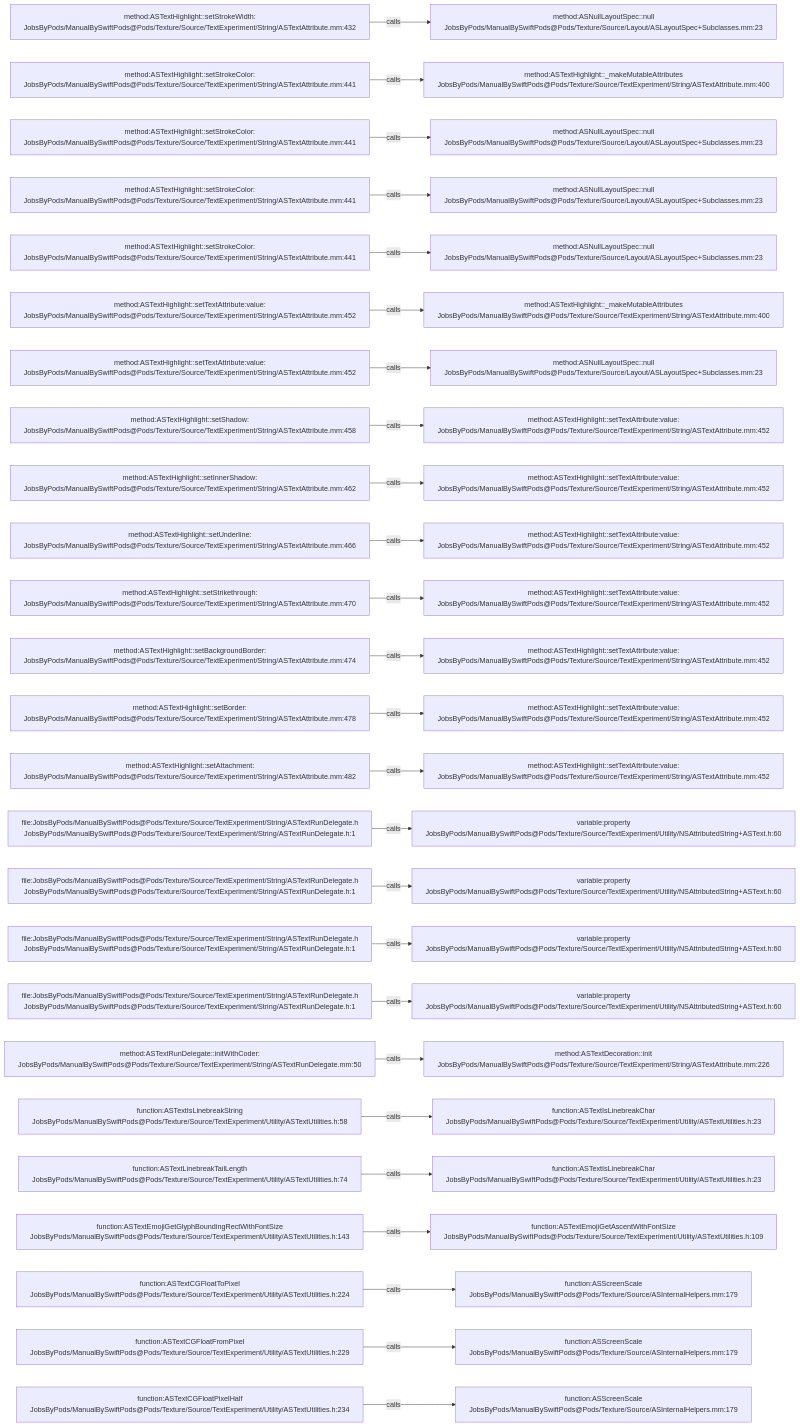
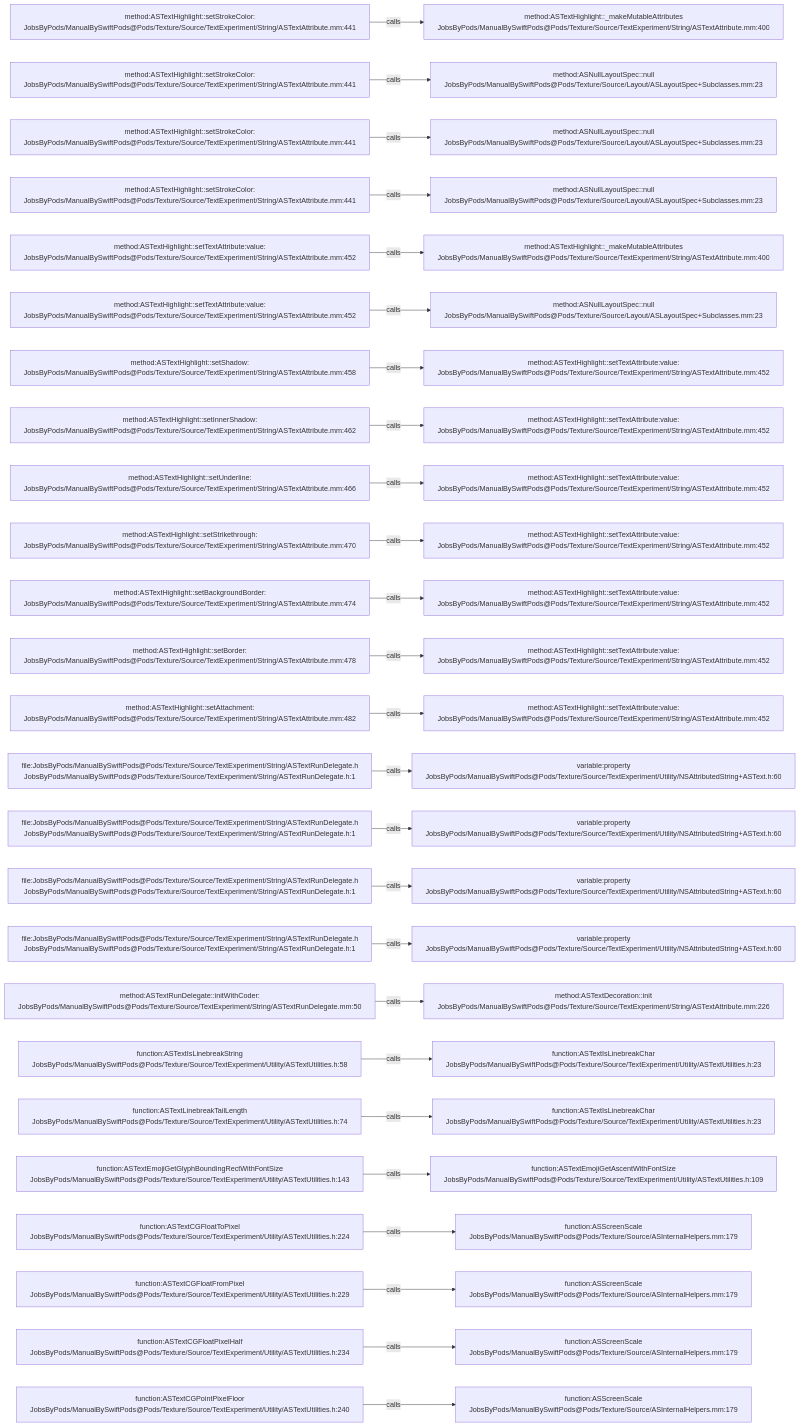
The diagram in .codegraph/codegraph.md/graphs/calls-139.md (JobsKits/JobsSwiftBaseConfigDemo), drawn with Mermaid before and after one commit. The commit also changed 747 other files, not shown here.

````diff
--- a/.codegraph/codegraph.md/graphs/calls-139.md
+++ b/.codegraph/codegraph.md/graphs/calls-139.md
@@ -13,78 +13,78 @@
 ```mermaid
 flowchart LR
-  S1["method:ASTextHighlight::setStrokeWidth:<br/>JobsByPods/ManualBySwiftPods@Pods/Texture/Source/TextExperiment/String/ASTextAttribute.mm:432"]
-  T1["method:ASNullLayoutSpec::null<br/>JobsByPods/ManualBySwiftPods@Pods/Texture/Source/Layout/ASLayoutSpec+Subclasses.mm:23"]
+  S1["method:ASTextHighlight::setStrokeColor:<br/>JobsByPods/ManualBySwiftPods@Pods/Texture/Source/TextExperiment/String/ASTextAttribute.mm:441"]
+  T1["method:ASTextHighlight::_makeMutableAttributes<br/>JobsByPods/ManualBySwiftPods@Pods/Texture/Source/TextExperiment/String/ASTextAttribute.mm:400"]
   S1 -->|calls| T1
   S2["method:ASTextHighlight::setStrokeColor:<br/>JobsByPods/ManualBySwiftPods@Pods/Texture/Source/TextExperiment/String/ASTextAttribute.mm:441"]
-  T2["method:ASTextHighlight::_makeMutableAttributes<br/>JobsByPods/ManualBySwiftPods@Pods/Texture/Source/TextExperiment/String/ASTextAttribute.mm:400"]
+  T2["method:ASNullLayoutSpec::null<br/>JobsByPods/ManualBySwiftPods@Pods/Texture/Source/Layout/ASLayoutSpec+Subclasses.mm:23"]
   S2 -->|calls| T2
   S3["method:ASTextHighlight::setStrokeColor:<br/>JobsByPods/ManualBySwiftPods@Pods/Texture/Source/TextExperiment/String/ASTextAttribute.mm:441"]
   T3["method:ASNullLayoutSpec::null<br/>JobsByPods/ManualBySwiftPods@Pods/Texture/Source/Layout/ASLayoutSpec+Subclasses.mm:23"]
   S3 -->|calls| T3
   S4["method:ASTextHighlight::setStrokeColor:<br/>JobsByPods/ManualBySwiftPods@Pods/Texture/Source/TextExperiment/String/ASTextAttribute.mm:441"]
   T4["method:ASNullLayoutSpec::null<br/>JobsByPods/ManualBySwiftPods@Pods/Texture/Source/Layout/ASLayoutSpec+Subclasses.mm:23"]
   S4 -->|calls| T4
-  S5["method:ASTextHighlight::setStrokeColor:<br/>JobsByPods/ManualBySwiftPods@Pods/Texture/Source/TextExperiment/String/ASTextAttribute.mm:441"]
-  T5["method:ASNullLayoutSpec::null<br/>JobsByPods/ManualBySwiftPods@Pods/Texture/Source/Layout/ASLayoutSpec+Subclasses.mm:23"]
+  S5["method:ASTextHighlight::setTextAttribute:value:<br/>JobsByPods/ManualBySwiftPods@Pods/Texture/Source/TextExperiment/String/ASTextAttribute.mm:452"]
+  T5["method:ASTextHighlight::_makeMutableAttributes<br/>JobsByPods/ManualBySwiftPods@Pods/Texture/Source/TextExperiment/String/ASTextAttribute.mm:400"]
   S5 -->|calls| T5
   S6["method:ASTextHighlight::setTextAttribute:value:<br/>JobsByPods/ManualBySwiftPods@Pods/Texture/Source/TextExperiment/String/ASTextAttribute.mm:452"]
-  T6["method:ASTextHighlight::_makeMutableAttributes<br/>JobsByPods/ManualBySwiftPods@Pods/Texture/Source/TextExperiment/String/ASTextAttribute.mm:400"]
+  T6["method:ASNullLayoutSpec::null<br/>JobsByPods/ManualBySwiftPods@Pods/Texture/Source/Layout/ASLayoutSpec+Subclasses.mm:23"]
   S6 -->|calls| T6
-  S7["method:ASTextHighlight::setTextAttribute:value:<br/>JobsByPods/ManualBySwiftPods@Pods/Texture/Source/TextExperiment/String/ASTextAttribute.mm:452"]
-  T7["method:ASNullLayoutSpec::null<br/>JobsByPods/ManualBySwiftPods@Pods/Texture/Source/Layout/ASLayoutSpec+Subclasses.mm:23"]
+  S7["method:ASTextHighlight::setShadow:<br/>JobsByPods/ManualBySwiftPods@Pods/Texture/Source/TextExperiment/String/ASTextAttribute.mm:458"]
+  T7["method:ASTextHighlight::setTextAttribute:value:<br/>JobsByPods/ManualBySwiftPods@Pods/Texture/Source/TextExperiment/String/ASTextAttribute.mm:452"]
   S7 -->|calls| T7
-  S8["method:ASTextHighlight::setShadow:<br/>JobsByPods/ManualBySwiftPods@Pods/Texture/Source/TextExperiment/String/ASTextAttribute.mm:458"]
+  S8["method:ASTextHighlight::setInnerShadow:<br/>JobsByPods/ManualBySwiftPods@Pods/Texture/Source/TextExperiment/String/ASTextAttribute.mm:462"]
   T8["method:ASTextHighlight::setTextAttribute:value:<br/>JobsByPods/ManualBySwiftPods@Pods/Texture/Source/TextExperiment/String/ASTextAttribute.mm:452"]
   S8 -->|calls| T8
-  S9["method:ASTextHighlight::setInnerShadow:<br/>JobsByPods/ManualBySwiftPods@Pods/Texture/Source/TextExperiment/String/ASTextAttribute.mm:462"]
+  S9["method:ASTextHighlight::setUnderline:<br/>JobsByPods/ManualBySwiftPods@Pods/Texture/Source/TextExperiment/String/ASTextAttribute.mm:466"]
   T9["method:ASTextHighlight::setTextAttribute:value:<br/>JobsByPods/ManualBySwiftPods@Pods/Texture/Source/TextExperiment/String/ASTextAttribute.mm:452"]
   S9 -->|calls| T9
-  S10["method:ASTextHighlight::setUnderline:<br/>JobsByPods/ManualBySwiftPods@Pods/Texture/Source/TextExperiment/String/ASTextAttribute.mm:466"]
+  S10["method:ASTextHighlight::setStrikethrough:<br/>JobsByPods/ManualBySwiftPods@Pods/Texture/Source/TextExperiment/String/ASTextAttribute.mm:470"]
   T10["method:ASTextHighlight::setTextAttribute:value:<br/>JobsByPods/ManualBySwiftPods@Pods/Texture/Source/TextExperiment/String/ASTextAttribute.mm:452"]
   S10 -->|calls| T10
-  S11["method:ASTextHighlight::setStrikethrough:<br/>JobsByPods/ManualBySwiftPods@Pods/Texture/Source/TextExperiment/String/ASTextAttribute.mm:470"]
+  S11["method:ASTextHighlight::setBackgroundBorder:<br/>JobsByPods/ManualBySwiftPods@Pods/Texture/Source/TextExperiment/String/ASTextAttribute.mm:474"]
   T11["method:ASTextHighlight::setTextAttribute:value:<br/>JobsByPods/ManualBySwiftPods@Pods/Texture/Source/TextExperiment/String/ASTextAttribute.mm:452"]
   S11 -->|calls| T11
-  S12["method:ASTextHighlight::setBackgroundBorder:<br/>JobsByPods/ManualBySwiftPods@Pods/Texture/Source/TextExperiment/String/ASTextAttribute.mm:474"]
+  S12["method:ASTextHighlight::setBorder:<br/>JobsByPods/ManualBySwiftPods@Pods/Texture/Source/TextExperiment/String/ASTextAttribute.mm:478"]
   T12["method:ASTextHighlight::setTextAttribute:value:<br/>JobsByPods/ManualBySwiftPods@Pods/Texture/Source/TextExperiment/String/ASTextAttribute.mm:452"]
   S12 -->|calls| T12
-  S13["method:ASTextHighlight::setBorder:<br/>JobsByPods/ManualBySwiftPods@Pods/Texture/Source/TextExperiment/String/ASTextAttribute.mm:478"]
+  S13["method:ASTextHighlight::setAttachment:<br/>JobsByPods/ManualBySwiftPods@Pods/Texture/Source/TextExperiment/String/ASTextAttribute.mm:482"]
   T13["method:ASTextHighlight::setTextAttribute:value:<br/>JobsByPods/ManualBySwiftPods@Pods/Texture/Source/TextExperiment/String/ASTextAttribute.mm:452"]
   S13 -->|calls| T13
-  S14["method:ASTextHighlight::setAttachment:<br/>JobsByPods/ManualBySwiftPods@Pods/Texture/Source/TextExperiment/String/ASTextAttribute.mm:482"]
-  T14["method:ASTextHighlight::setTextAttribute:value:<br/>JobsByPods/ManualBySwiftPods@Pods/Texture/Source/TextExperiment/String/ASTextAttribute.mm:452"]
+  S14["file:JobsByPods/ManualBySwiftPods@Pods/Texture/Source/TextExperiment/String/ASTextRunDelegate.h<br/>JobsByPods/ManualBySwiftPods@Pods/Texture/Source/TextExperiment/String/ASTextRunDelegate.h:1"]
+  T14["variable:property<br/>JobsByPods/ManualBySwiftPods@Pods/Texture/Source/TextExperiment/Utility/NSAttributedString+ASText.h:60"]
   S14 -->|calls| T14
   S15["file:JobsByPods/ManualBySwiftPods@Pods/Texture/Source/TextExperiment/String/ASTextRunDelegate.h<br/>JobsByPods/ManualBySwiftPods@Pods/Texture/Source/TextExperiment/String/ASTextRunDelegate.h:1"]
   T15["variable:property<br/>JobsByPods/ManualBySwiftPods@Pods/Texture/Source/TextExperiment/Utility/NSAttributedString+ASText.h:60"]
   S15 -->|calls| T15
   S16["file:JobsByPods/ManualBySwiftPods@Pods/Texture/Source/TextExperiment/String/ASTextRunDelegate.h<br/>JobsByPods/ManualBySwiftPods@Pods/Texture/Source/TextExperiment/String/ASTextRunDelegate.h:1"]
   T16["variable:property<br/>JobsByPods/ManualBySwiftPods@Pods/Texture/Source/TextExperiment/Utility/NSAttributedString+ASText.h:60"]
   S16 -->|calls| T16
   S17["file:JobsByPods/ManualBySwiftPods@Pods/Texture/Source/TextExperiment/String/ASTextRunDelegate.h<br/>JobsByPods/ManualBySwiftPods@Pods/Texture/Source/TextExperiment/String/ASTextRunDelegate.h:1"]
   T17["variable:property<br/>JobsByPods/ManualBySwiftPods@Pods/Texture/Source/TextExperiment/Utility/NSAttributedString+ASText.h:60"]
   S17 -->|calls| T17
-  S18["file:JobsByPods/ManualBySwiftPods@Pods/Texture/Source/TextExperiment/String/ASTextRunDelegate.h<br/>JobsByPods/ManualBySwiftPods@Pods/Texture/Source/TextExperiment/String/ASTextRunDelegate.h:1"]
-  T18["variable:property<br/>JobsByPods/ManualBySwiftPods@Pods/Texture/Source/TextExperiment/Utility/NSAttributedString+ASText.h:60"]
+  S18["method:ASTextRunDelegate::initWithCoder:<br/>JobsByPods/ManualBySwiftPods@Pods/Texture/Source/TextExperiment/String/ASTextRunDelegate.mm:50"]
+  T18["method:ASTextDecoration::init<br/>JobsByPods/ManualBySwiftPods@Pods/Texture/Source/TextExperiment/String/ASTextAttribute.mm:226"]
   S18 -->|calls| T18
-  S19["method:ASTextRunDelegate::initWithCoder:<br/>JobsByPods/ManualBySwiftPods@Pods/Texture/Source/TextExperiment/String/ASTextRunDelegate.mm:50"]
-  T19["method:ASTextDecoration::init<br/>JobsByPods/ManualBySwiftPods@Pods/Texture/Source/TextExperiment/String/ASTextAttribute.mm:226"]
+  S19["function:ASTextIsLinebreakString<br/>JobsByPods/ManualBySwiftPods@Pods/Texture/Source/TextExperiment/Utility/ASTextUtilities.h:58"]
+  T19["function:ASTextIsLinebreakChar<br/>JobsByPods/ManualBySwiftPods@Pods/Texture/Source/TextExperiment/Utility/ASTextUtilities.h:23"]
   S19 -->|calls| T19
-  S20["function:ASTextIsLinebreakString<br/>JobsByPods/ManualBySwiftPods@Pods/Texture/Source/TextExperiment/Utility/ASTextUtilities.h:58"]
+  S20["function:ASTextLinebreakTailLength<br/>JobsByPods/ManualBySwiftPods@Pods/Texture/Source/TextExperiment/Utility/ASTextUtilities.h:74"]
   T20["function:ASTextIsLinebreakChar<br/>JobsByPods/ManualBySwiftPods@Pods/Texture/Source/TextExperiment/Utility/ASTextUtilities.h:23"]
   S20 -->|calls| T20
-  S21["function:ASTextLinebreakTailLength<br/>JobsByPods/ManualBySwiftPods@Pods/Texture/Source/TextExperiment/Utility/ASTextUtilities.h:74"]
-  T21["function:ASTextIsLinebreakChar<br/>JobsByPods/ManualBySwiftPods@Pods/Texture/Source/TextExperiment/Utility/ASTextUtilities.h:23"]
+  S21["function:ASTextEmojiGetGlyphBoundingRectWithFontSize<br/>JobsByPods/ManualBySwiftPods@Pods/Texture/Source/TextExperiment/Utility/ASTextUtilities.h:143"]
+  T21["function:ASTextEmojiGetAscentWithFontSize<br/>JobsByPods/ManualBySwiftPods@Pods/Texture/Source/TextExperiment/Utility/ASTextUtilities.h:109"]
   S21 -->|calls| T21
-  S22["function:ASTextEmojiGetGlyphBoundingRectWithFontSize<br/>JobsByPods/ManualBySwiftPods@Pods/Texture/Source/TextExperiment/Utility/ASTextUtilities.h:143"]
-  T22["function:ASTextEmojiGetAscentWithFontSize<br/>JobsByPods/ManualBySwiftPods@Pods/Texture/Source/TextExperiment/Utility/ASTextUtilities.h:109"]
+  S22["function:ASTextCGFloatToPixel<br/>JobsByPods/ManualBySwiftPods@Pods/Texture/Source/TextExperiment/Utility/ASTextUtilities.h:224"]
+  T22["function:ASScreenScale<br/>JobsByPods/ManualBySwiftPods@Pods/Texture/Source/ASInternalHelpers.mm:179"]
   S22 -->|calls| T22
-  S23["function:ASTextCGFloatToPixel<br/>JobsByPods/ManualBySwiftPods@Pods/Texture/Source/TextExperiment/Utility/ASTextUtilities.h:224"]
+  S23["function:ASTextCGFloatFromPixel<br/>JobsByPods/ManualBySwiftPods@Pods/Texture/Source/TextExperiment/Utility/ASTextUtilities.h:229"]
   T23["function:ASScreenScale<br/>JobsByPods/ManualBySwiftPods@Pods/Texture/Source/ASInternalHelpers.mm:179"]
   S23 -->|calls| T23
-  S24["function:ASTextCGFloatFromPixel<br/>JobsByPods/ManualBySwiftPods@Pods/Texture/Source/TextExperiment/Utility/ASTextUtilities.h:229"]
+  S24["function:ASTextCGFloatPixelHalf<br/>JobsByPods/ManualBySwiftPods@Pods/Texture/Source/TextExperiment/Utility/ASTextUtilities.h:234"]
   T24["function:ASScreenScale<br/>JobsByPods/ManualBySwiftPods@Pods/Texture/Source/ASInternalHelpers.mm:179"]
   S24 -->|calls| T24
-  S25["function:ASTextCGFloatPixelHalf<br/>JobsByPods/ManualBySwiftPods@Pods/Texture/Source/TextExperiment/Utility/ASTextUtilities.h:234"]
+  S25["function:ASTextCGPointPixelFloor<br/>JobsByPods/ManualBySwiftPods@Pods/Texture/Source/TextExperiment/Utility/ASTextUtilities.h:240"]
   T25["function:ASScreenScale<br/>JobsByPods/ManualBySwiftPods@Pods/Texture/Source/ASInternalHelpers.mm:179"]
   S25 -->|calls| T25
 ```
````
